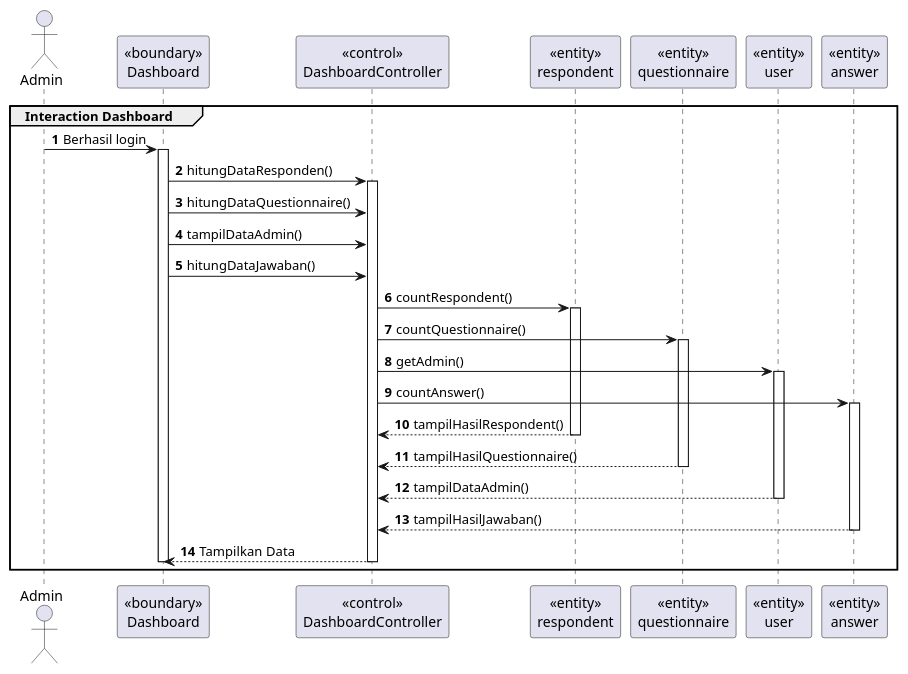
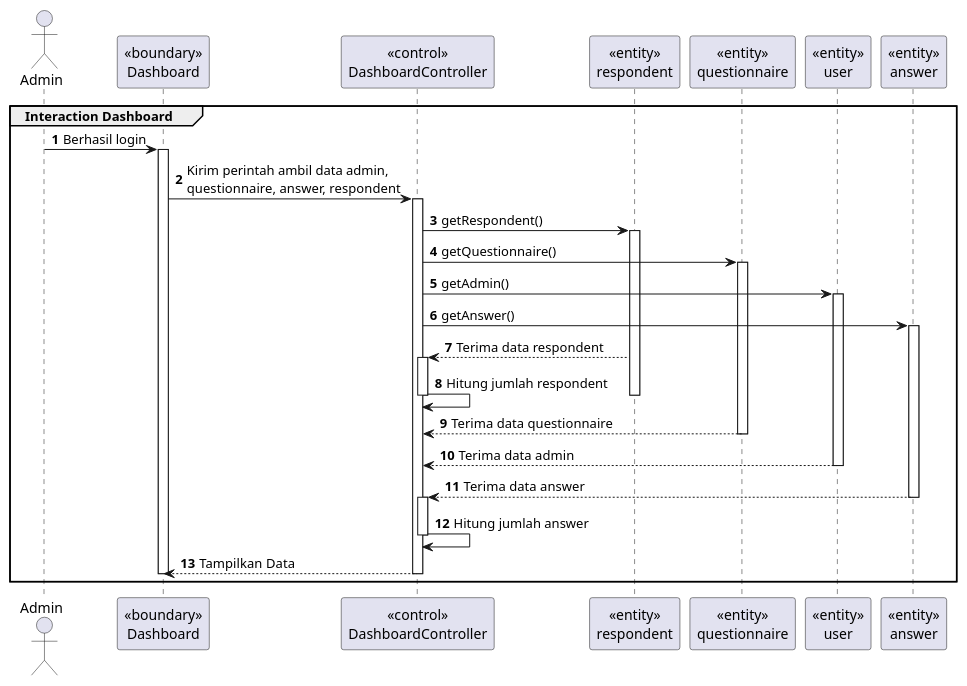
One commit to Churma16/indeks-kepuasan-masyarakat changed the diagram in documentation/SequenceDiagram/dashboardSequenceDiagram.puml. Above: the diagram before and after it, drawn with PlantUML. The commit also changed 16 other files, not shown here.

```diff
--- a/documentation/SequenceDiagram/dashboardSequenceDiagram.puml
+++ b/documentation/SequenceDiagram/dashboardSequenceDiagram.puml
@@ -1,41 +1,44 @@
-@startuml Interaction Dashboard
+@startuml Interaction Dashboard 2
 autonumber
 group Interaction Dashboard
 
     actor Admin 
     participant "<<boundary>>\nDashboard" as dashboard
     participant "<<control>>\nDashboardController" as dashboard_cont
     participant "<<entity>>\nrespondent" as respondent
     participant "<<entity>>\nquestionnaire" as questioner
     participant "<<entity>>\nuser" as admin
     participant "<<entity>>\nanswer" as answer
 
     Admin -> dashboard:Berhasil login
     activate dashboard
-            dashboard -> dashboard_cont:hitungDataResponden()
+            dashboard -> dashboard_cont: Kirim perintah ambil data admin, \nquestionnaire, answer, respondent
         activate dashboard_cont
-            dashboard -> dashboard_cont:hitungDataQuestionnaire()
-            dashboard -> dashboard_cont:tampilDataAdmin()
-            dashboard -> dashboard_cont:hitungDataJawaban()
-        dashboard_cont -> respondent:countRespondent()
+        dashboard_cont -> respondent:getRespondent()
         activate respondent
-            dashboard_cont -> questioner:countQuestionnaire()
+            dashboard_cont -> questioner:getQuestionnaire()
             activate questioner
                 dashboard_cont -> admin:getAdmin()
                 activate admin
-                    dashboard_cont -> answer:countAnswer()
+                    dashboard_cont -> answer:getAnswer()
                     activate answer
-                    respondent --> dashboard_cont:tampilHasilRespondent()
+                    respondent --> dashboard_cont:Terima data respondent
+                    activate dashboard_cont
+                        dashboard_cont->dashboard_cont:Hitung jumlah respondent
+                    deactivate dashboard_cont
         deactivate respondent
-                    questioner --> dashboard_cont:tampilHasilQuestionnaire()
+                    questioner --> dashboard_cont:Terima data questionnaire
             deactivate questioner
-                admin --> dashboard_cont:tampilDataAdmin()
+                admin --> dashboard_cont:Terima data admin
                 deactivate admin
-                    answer --> dashboard_cont:tampilHasilJawaban()
+                    answer --> dashboard_cont:Terima data answer
                     deactivate answer
+                    activate dashboard_cont
+                        dashboard_cont->dashboard_cont:Hitung jumlah answer
+                    deactivate dashboard_cont
         dashboard_cont --> dashboard:Tampilkan Data
         deactivate dashboard_cont
     deactivate dashboard
 
 end
 @enduml
```
